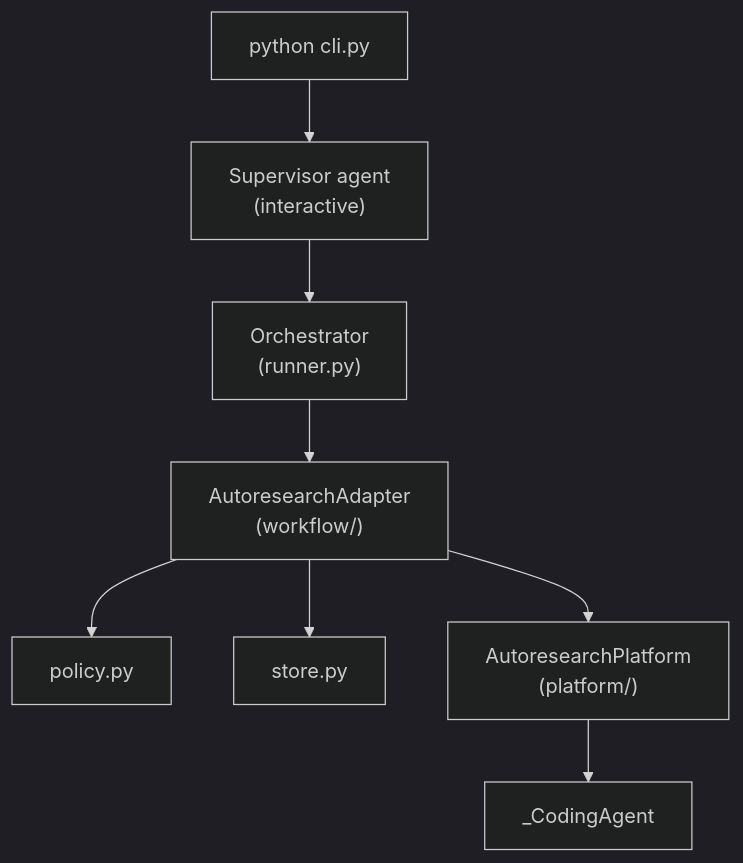
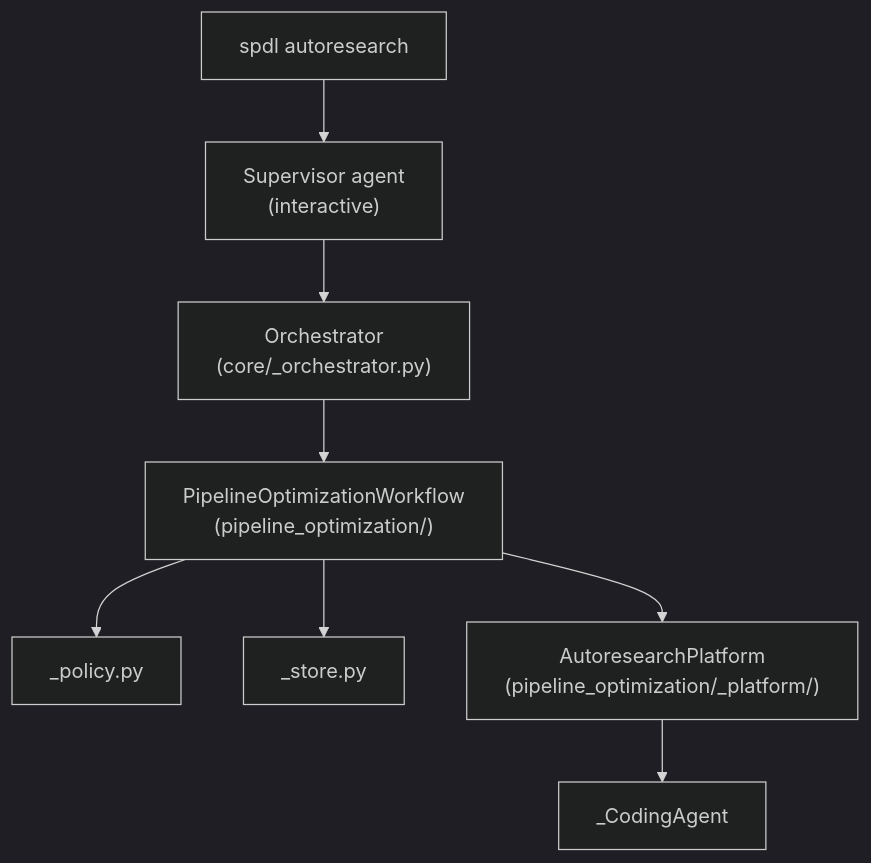
Before and after one commit to facebookresearch/spdl: the first of 2 diagrams in docs/source/autoresearch/autoresearch_architecture.rst, drawn with Mermaid (dark theme). The commit also changed other lines of this file and 4 other files, not shown here.

```diff
--- a/docs/source/autoresearch/autoresearch_architecture.rst
+++ b/docs/source/autoresearch/autoresearch_architecture.rst
@@ -16,19 +16,19 @@
 .. mermaid::
 
    flowchart TB
-       CLI["python cli.py"]
+       CLI["spdl autoresearch"]
        Supervisor["Supervisor agent<br>(interactive)"]
-       Engine["Orchestrator<br>(runner.py)"]
-       Adapter["AutoresearchAdapter<br>(workflow/)"]
-       Policy["policy.py"]
-       Store["store.py"]
-       Platform["AutoresearchPlatform<br>(platform/)"]
+       Engine["Orchestrator<br>(core/_orchestrator.py)"]
+       Workflow["PipelineOptimizationWorkflow<br>(pipeline_optimization/)"]
+       Policy["_policy.py"]
+       Store["_store.py"]
+       Platform["AutoresearchPlatform<br>(pipeline_optimization/_platform/)"]
        Agent["_CodingAgent"]
 
        CLI --> Supervisor
        Supervisor --> Engine
-       Engine --> Adapter
-       Adapter --> Policy
-       Adapter --> Store
-       Adapter --> Platform
+       Engine --> Workflow
+       Workflow --> Policy
+       Workflow --> Store
+       Workflow --> Platform
        Platform --> Agent
```
